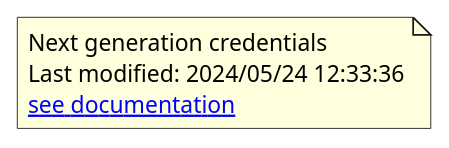
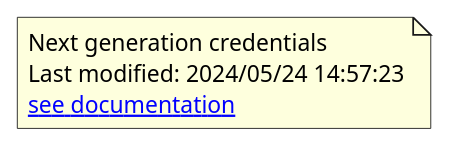
One commit to judielaine/quiver-research changed the diagram in diagrams/terminology/Version.puml. Above: the diagram before and after it, drawn with PlantUML. The commit also changed 30 other files, not shown here.

Commit message:
W3C research, modular diagram components

```diff
--- a/diagrams/terminology/Version.puml
+++ b/diagrams/terminology/Version.puml
@@ -1,7 +1,7 @@
 @startuml version
 note as version
     Next generation credentials
-    Last modified: 2024/05/24 12:33:36
+    Last modified: 2024/05/24 14:57:23
     [[https://www.zotero.org/groups/5541646/nextgencredentials{Zotero} see documentation]]
 end note
 @enduml
```
